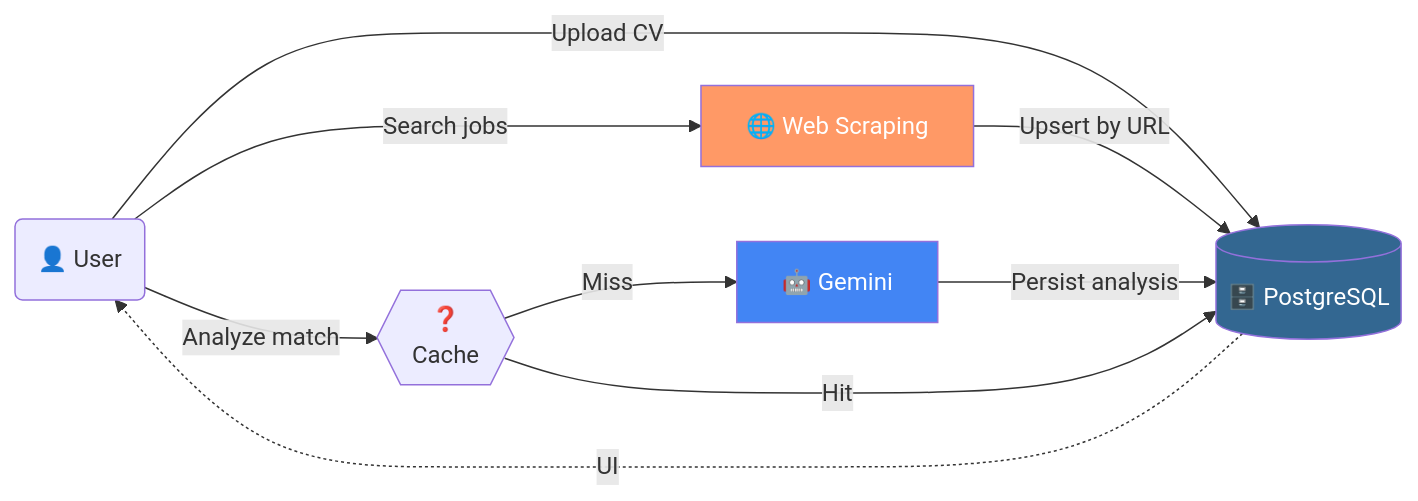
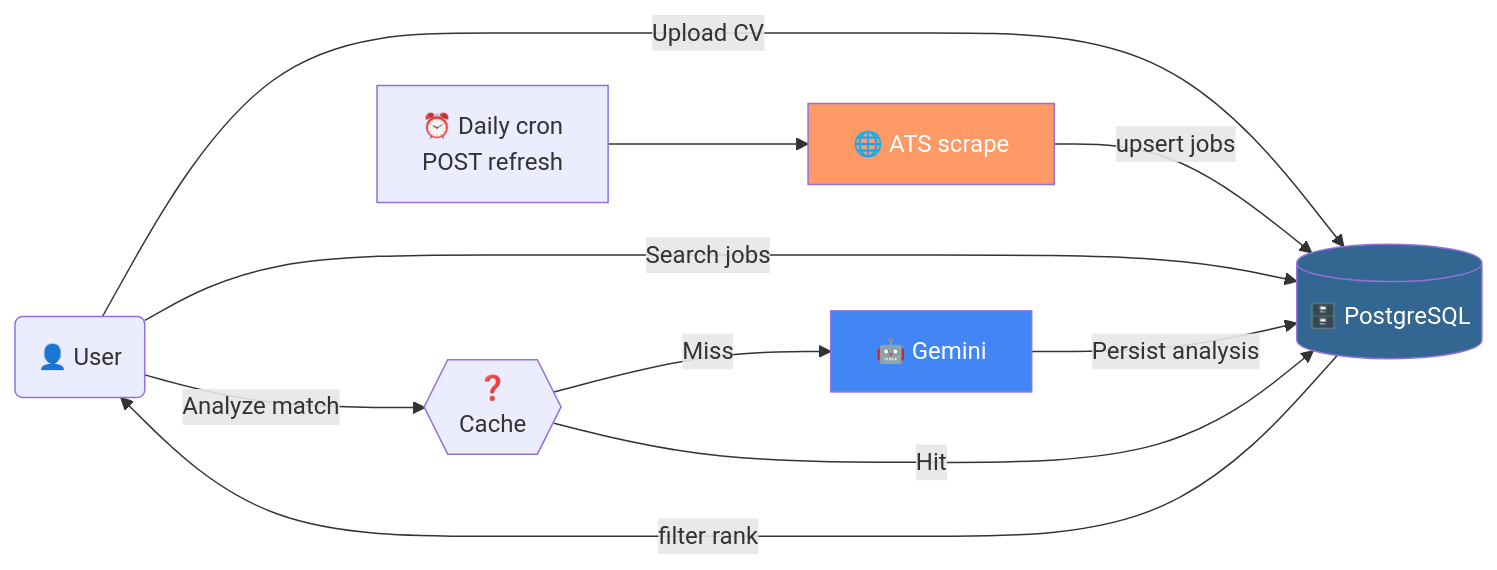
The first of 2 diagrams in README.md (noynayler/findy), drawn with Mermaid before and after one commit. The commit also changed other lines of this file and 28 other files, not shown here.

````diff
--- a/README.md
+++ b/README.md
@@ -42,21 +42,23 @@
 ```mermaid
 flowchart LR
     User("👤 User")
     DB[("🗄️ PostgreSQL")]
-    Web["🌐 Web Scraping"]
+    Cron["⏰ Daily cron\nPOST refresh"]
+    Scrape["🌐 ATS scrape"]
     AI["🤖 Gemini"]
     Logic{{"❓\n Cache"}}
 
     User -->|Upload CV| DB
-    User -->|Search jobs| Web
-    Web -->|Upsert by URL| DB
+    Cron --> Scrape
+    Scrape -->|upsert jobs| DB
+    User -->|Search jobs| DB
+    DB -->|filter rank| User
     User -->|Analyze match| Logic
     Logic -->|Miss| AI
     AI -->|Persist analysis| DB
     Logic -->|Hit| DB
-    DB -.->|UI| User
 
     style DB fill:#336791,color:#fff
     style AI fill:#4285f4,color:#fff
-    style Web fill:#f96,color:#fff
+    style Scrape fill:#f96,color:#fff
 ```
````
